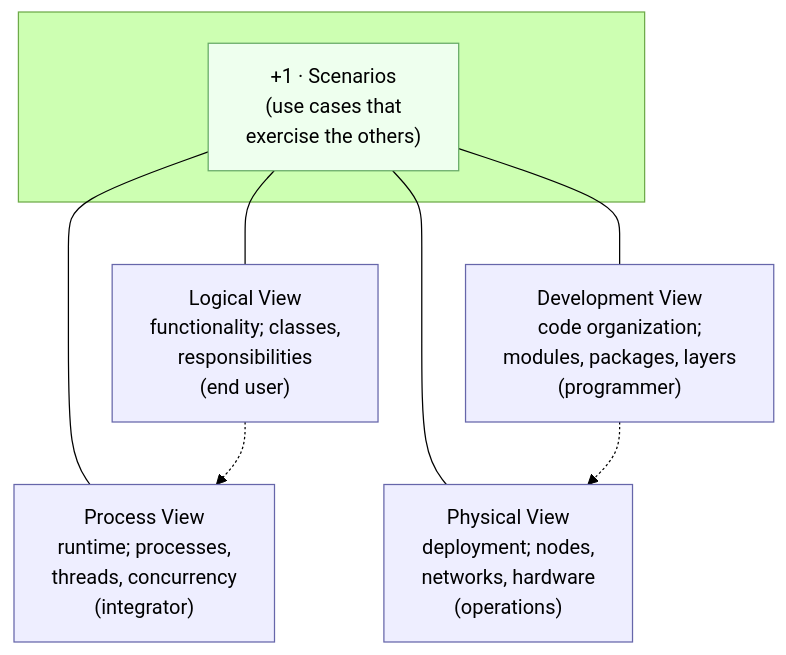
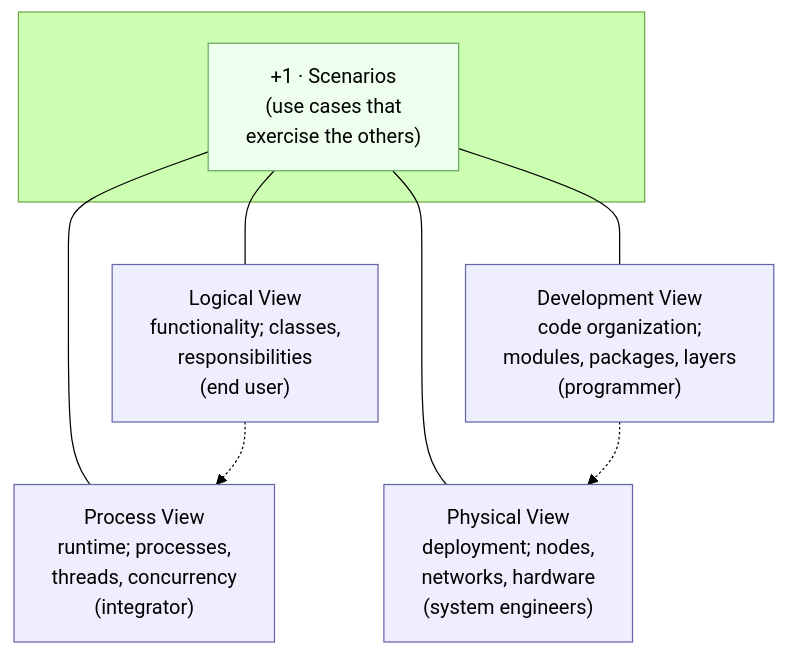
The third of 5 diagrams in chapters/06-design-and-architecture/README.md (vrthra/open-swe-book), drawn with Mermaid (forest theme) before and after one commit. The commit also changed other lines of this file and 170 other files, not shown here.

````diff
--- a/chapters/06-design-and-architecture/README.md
+++ b/chapters/06-design-and-architecture/README.md
@@ -406,20 +613,20 @@
 ```mermaid
 flowchart TB
     subgraph plus1[" "]
         SC["+1 · Scenarios<br/>(use cases that<br/>exercise the others)"]
     end
     LOG["Logical View<br/>functionality; classes,<br/>responsibilities<br/>(end user)"]
     DEV["Development View<br/>code organization;<br/>modules, packages, layers<br/>(programmer)"]
     PROC["Process View<br/>runtime; processes,<br/>threads, concurrency<br/>(integrator)"]
-    PHYS["Physical View<br/>deployment; nodes,<br/>networks, hardware<br/>(operations)"]
+    PHYS["Physical View<br/>deployment; nodes,<br/>networks, hardware<br/>(system engineers)"]
     SC --- LOG
     SC --- DEV
     SC --- PROC
     SC --- PHYS
     LOG -.-> PROC
     DEV -.-> PHYS
     classDef v fill:#eef,stroke:#66a,color:#000;
     classDef s fill:#efe,stroke:#6a6,color:#000;
     class LOG,DEV,PROC,PHYS v;
     class SC s;
 ```
````
